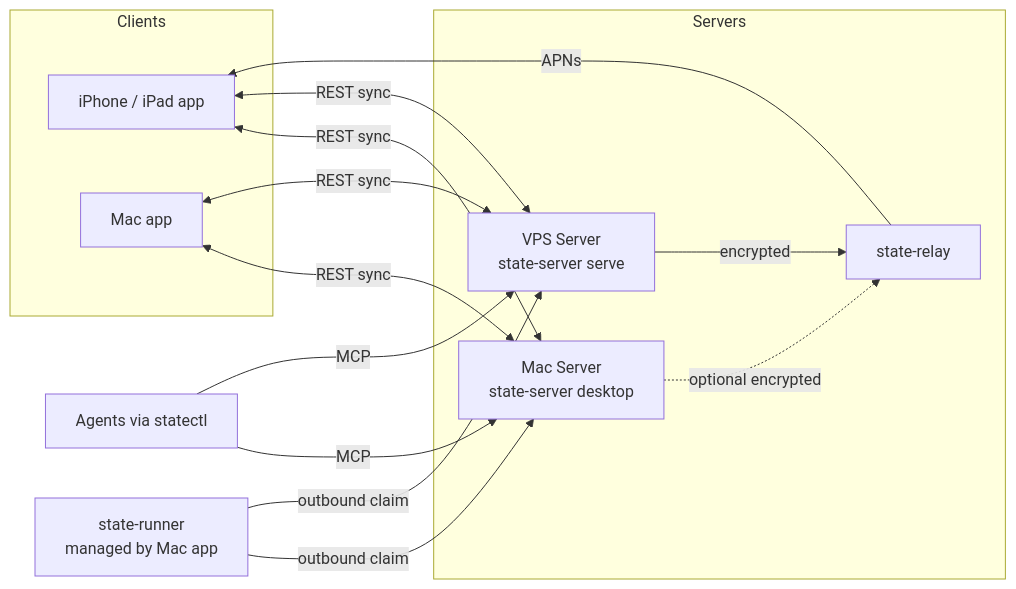
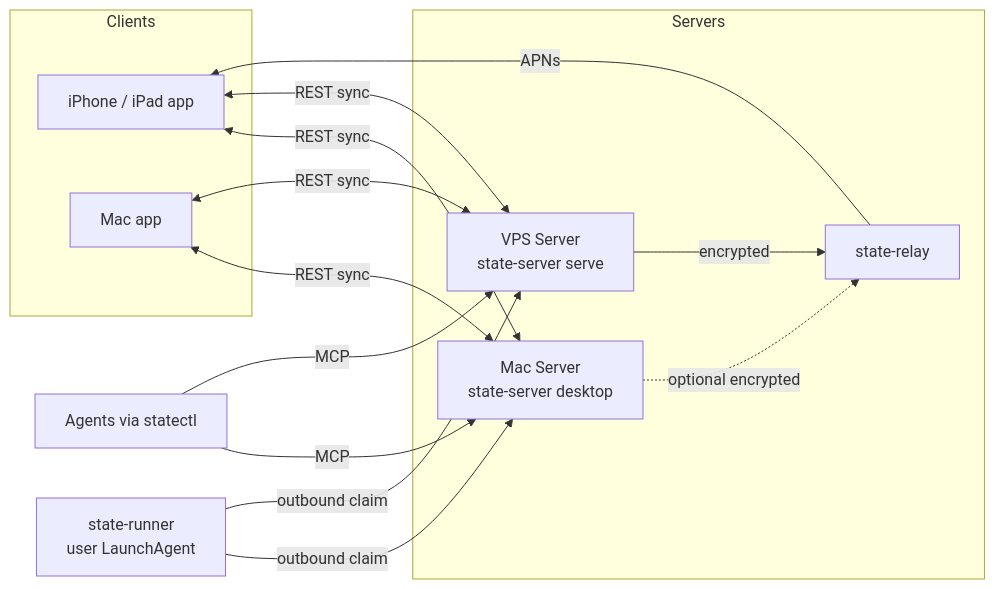
Before and after one commit to nicremo/state: the diagram in docs/product-lineup.md, drawn with Mermaid. The commit also changed other lines of this file, not shown here.

Commit message:
docs: follow the runner LaunchAgent decision in the lineup

````diff
--- a/docs/product-lineup.md
+++ b/docs/product-lineup.md
@@ -19,23 +19,23 @@
 ```mermaid
 flowchart LR
     subgraph Clients
         P["iPhone / iPad app"]
         M["Mac app"]
     end
     subgraph Servers
         D["Mac Server<br/>state-server desktop"]
         V["VPS Server<br/>state-server serve"]
         R["state-relay"]
     end
     A["Agents via statectl"] -->|MCP| D
     A -->|MCP| V
-    W["state-runner<br/>managed by Mac app"] -->|outbound claim| D
+    W["state-runner<br/>user LaunchAgent"] -->|outbound claim| D
     W -->|outbound claim| V
     P <-->|REST sync| D
     P <-->|REST sync| V
     M <-->|REST sync| D
     M <-->|REST sync| V
     V -->|encrypted| R
     D -.->|optional encrypted| R
     R -->|APNs| P
 ```
````
